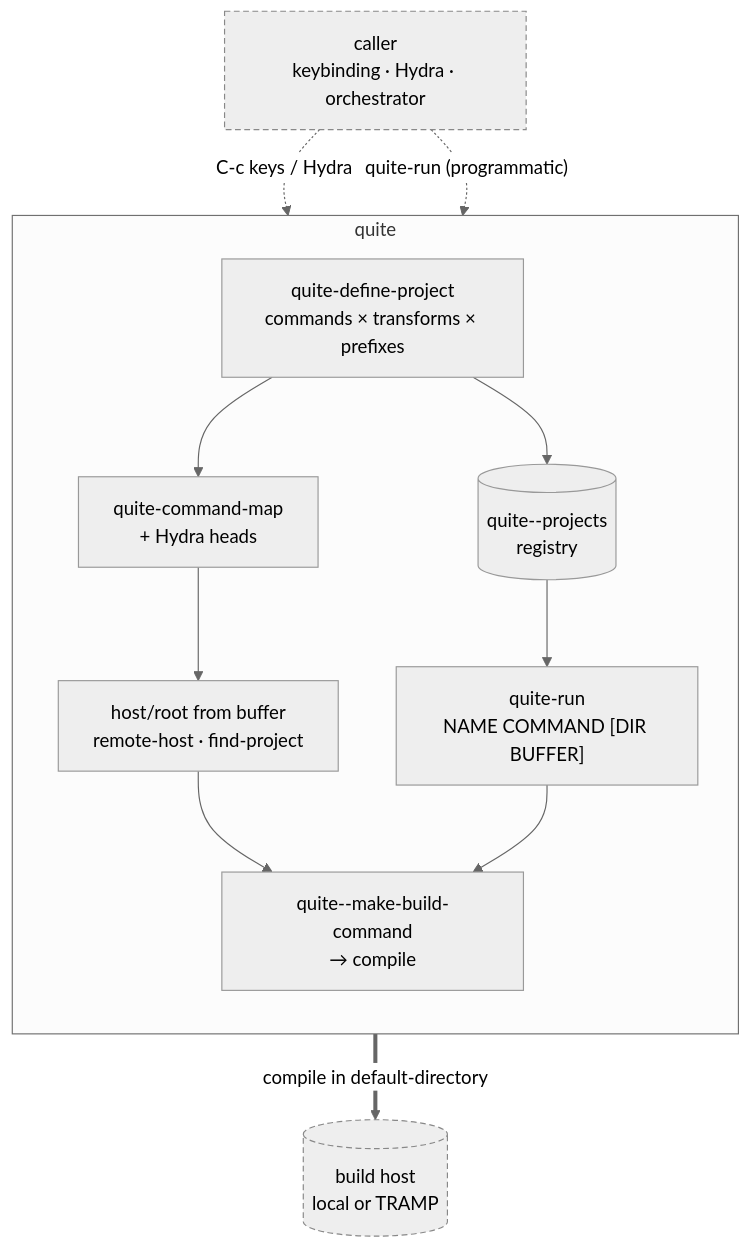
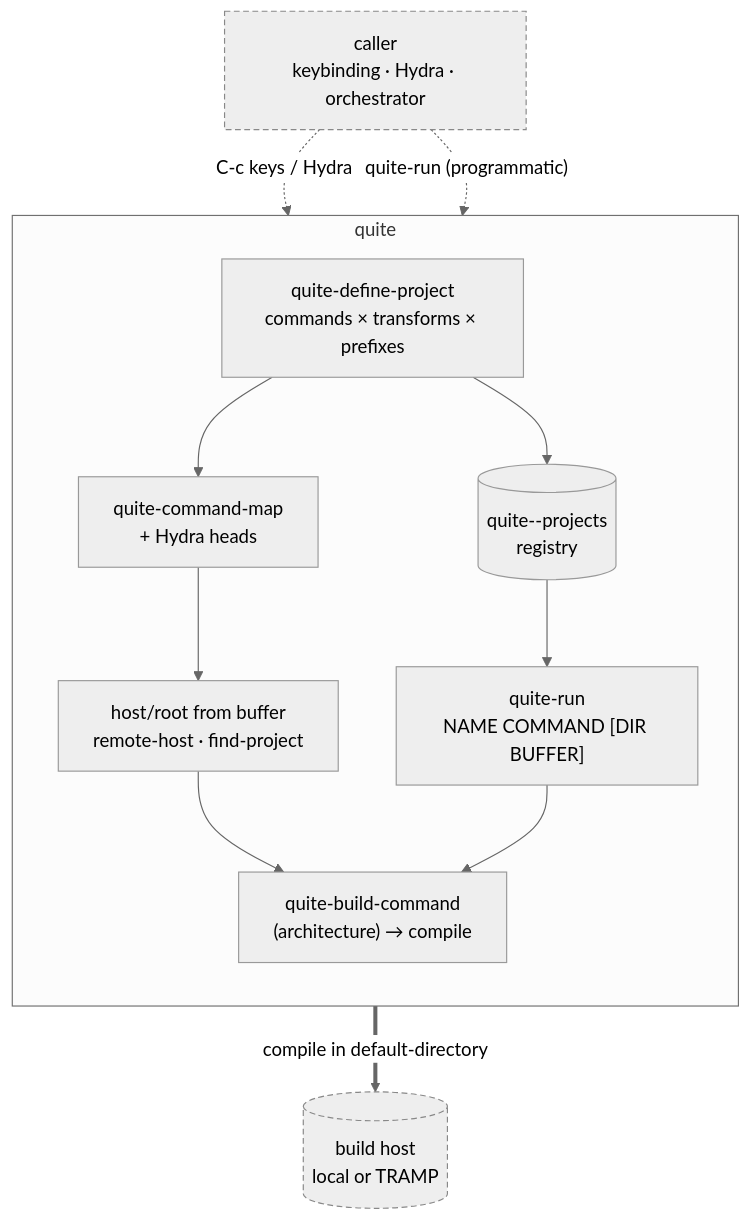
One commit to greened/quite changed the diagram in README.md. Above: the diagram before and after it, drawn with Mermaid (neutral theme). The commit also changed 4 other files, not shown here.

First line of the commit message:
Make the build architecture pluggable

````diff
--- a/README.md
+++ b/README.md
@@ -96,25 +96,25 @@
 ```mermaid
 flowchart TB
   subgraph quite
     direction TB
     DEF["quite-define-project<br/>commands × transforms × prefixes"]
     REG[("quite--projects<br/>registry")]
     MAP["quite-command-map<br/>+ Hydra heads"]
     RUN["quite-run<br/>NAME COMMAND [DIR BUFFER]"]
     CTX["host/root from buffer<br/>remote-host · find-project"]
-    CMD["quite--make-build-command<br/>→ compile"]
+    CMD["quite-build-command<br/>(architecture) → compile"]
     DEF --> REG
     DEF --> MAP
     REG --> RUN
     MAP --> CTX --> CMD
     RUN --> CMD
   end
   CALLER["caller<br/>keybinding · Hydra · orchestrator"]
   HOST[("build host<br/>local or TRAMP")]
   CALLER -. "C-c keys / Hydra" .-> MAP
   CALLER -. "quite-run (programmatic)" .-> RUN
   CMD == "compile in default-directory" ==> HOST
 
   classDef ext fill:#eee,stroke:#888,stroke-dasharray:5 3;
   class CALLER,HOST ext;
 ```
````
